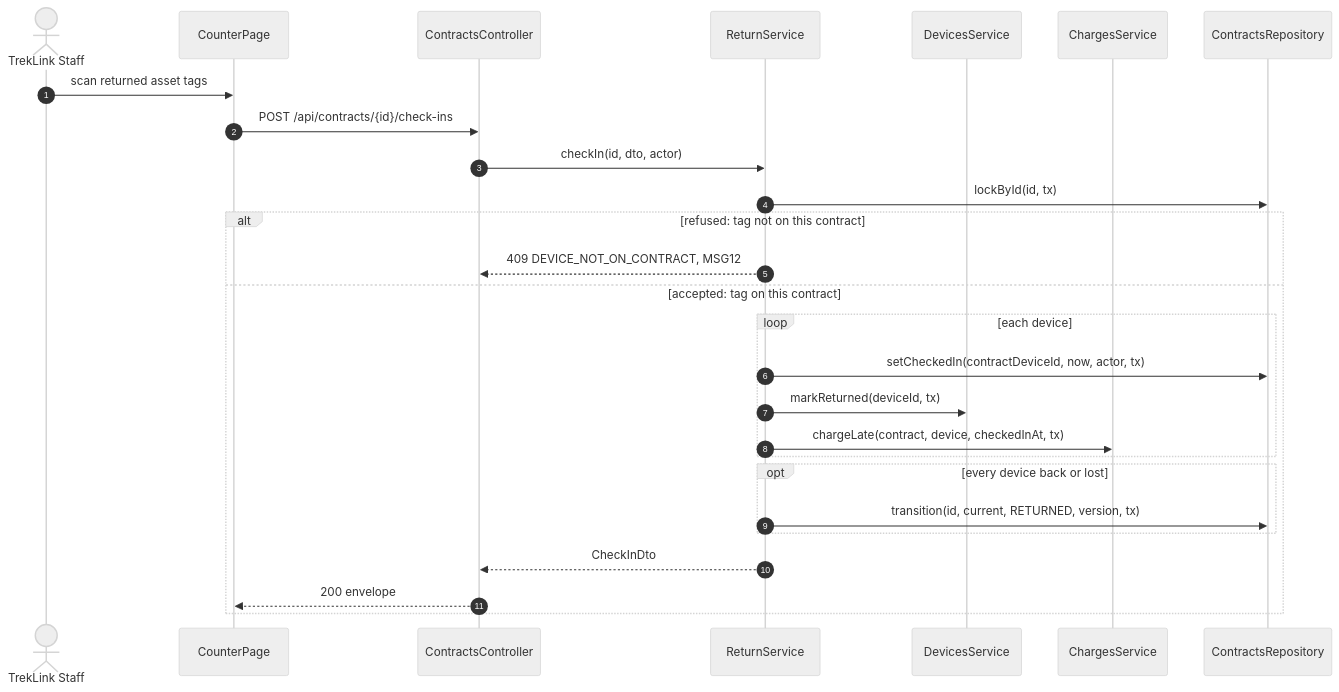
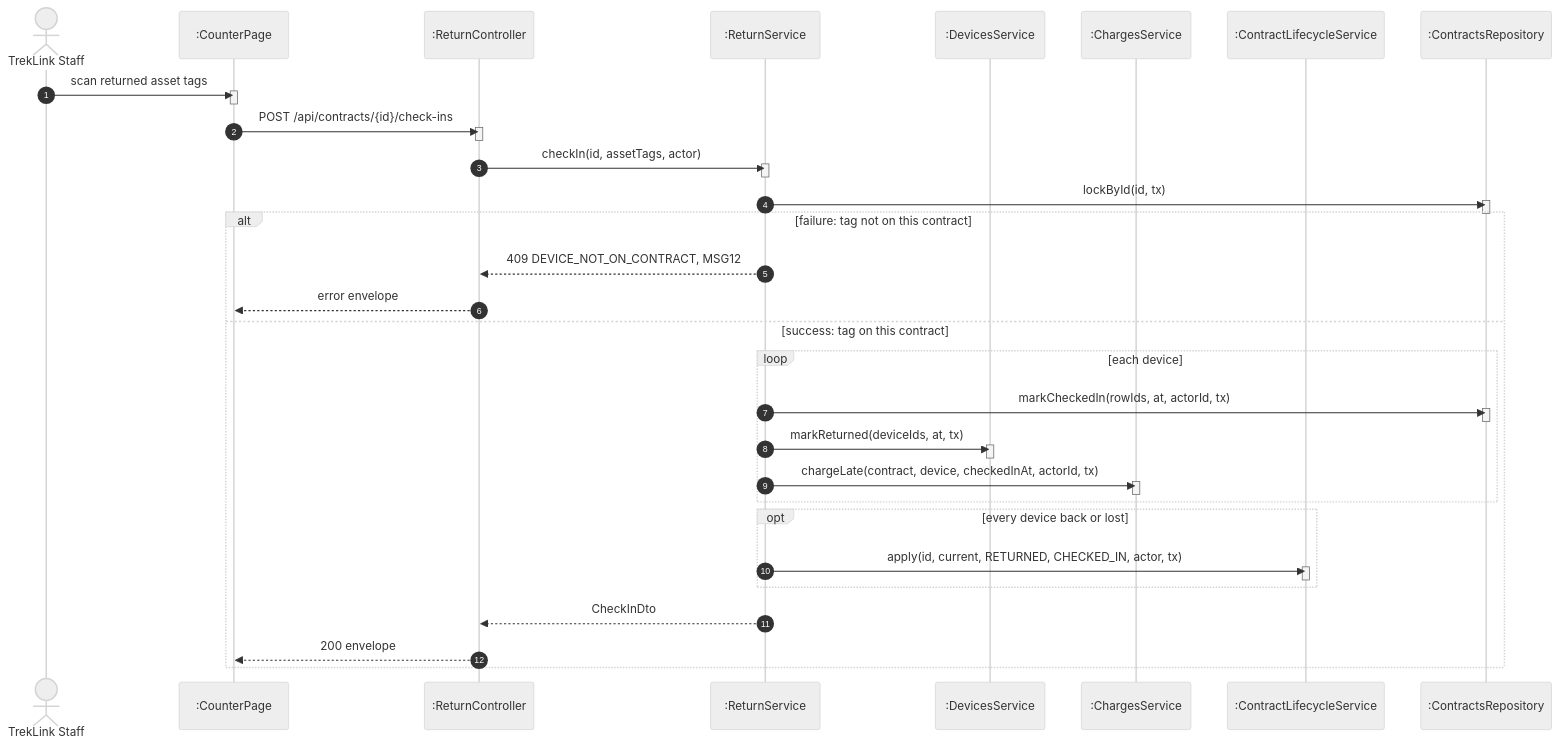
Before and after one commit to TrekLink-Team/treklink-web: diagram 21 of 29 in specs/rentals/design.md, drawn with Mermaid (neutral theme). The commit also changed other lines of this file and 2 other files, not shown here.

First line of the commit message:
docs: one alt per sequence, code-true guards and per-use-case class panels (review of #113)

````diff
--- a/specs/rentals/design.md
+++ b/specs/rentals/design.md
@@ -432,29 +806,47 @@
 ```mermaid
 sequenceDiagram
     autonumber
     actor St as TrekLink Staff
-    participant P as CounterPage
-    participant C as ContractsController
-    participant S as ReturnService
-    participant D as DevicesService
-    participant Ch as ChargesService
-    participant R as ContractsRepository
+    participant P as :CounterPage
+    participant C as :ReturnController
+    participant S as :ReturnService
+    participant D as :DevicesService
+    participant Ch as :ChargesService
+    participant L as :ContractLifecycleService
+    participant R as :ContractsRepository
     St->>P: scan returned asset tags
+    activate P
+    deactivate P
     P->>C: POST /api/contracts/{id}/check-ins
-    C->>S: checkIn(id, dto, actor)
+    activate C
+    deactivate C
+    C->>S: checkIn(id, assetTags, actor)
+    activate S
+    deactivate S
     S->>R: lockById(id, tx)
-    alt refused: tag not on this contract
+    activate R
+    deactivate R
+    alt failure: tag not on this contract
         S-->>C: 409 DEVICE_NOT_ON_CONTRACT, MSG12
-    else accepted: tag on this contract
+        C-->>P: error envelope
+    else success: tag on this contract
         loop each device
-            S->>R: setCheckedIn(contractDeviceId, now, actor, tx)
-            S->>D: markReturned(deviceId, tx)
-            S->>Ch: chargeLate(contract, device, checkedInAt, tx)
+            S->>R: markCheckedIn(rowIds, at, actorId, tx)
+            activate R
+            deactivate R
+            S->>D: markReturned(deviceIds, at, tx)
+            activate D
+            deactivate D
+            S->>Ch: chargeLate(contract, device, checkedInAt, actorId, tx)
+            activate Ch
+            deactivate Ch
         end
         opt every device back or lost
-            S->>R: transition(id, current, RETURNED, version, tx)
+            S->>L: apply(id, current, RETURNED, CHECKED_IN, actor, tx)
+            activate L
+            deactivate L
         end
         S-->>C: CheckInDto
         C-->>P: 200 envelope
     end
 ```
````
